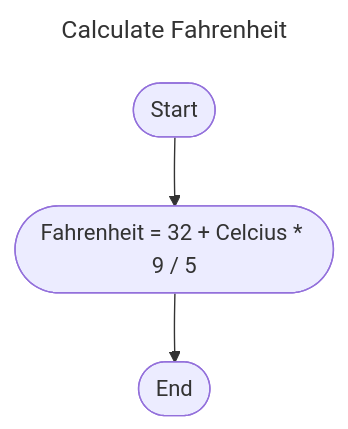
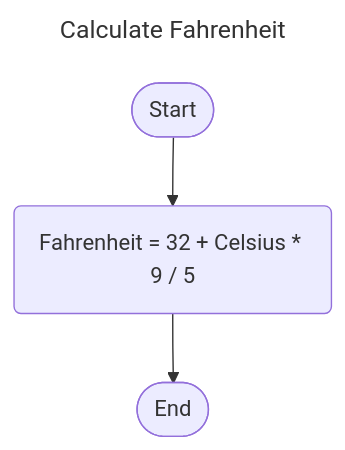
The seventh of 12 diagrams in session-06/Flowcharts.md (AdyGCode/ICTPRG302-2024-S2-Sessions), drawn with Mermaid before and after one commit. The commit also changed other lines of this file and 1 other file, not shown here.

Commit message:
feat(session-06): Flowcharts update

````diff
--- a/session-06/Flowcharts.md
+++ b/session-06/Flowcharts.md
@@ -69,10 +215,10 @@
 ```mermaid
 ---
 title: Calculate Fahrenheit
 ---
 flowchart TD
     start_sub([Start])
-    calc_f([Fahrenheit = 32 + Celcius * 9 / 5 ])
+    calc_f(Fahrenheit = 32 + Celsius * 9 / 5)
     end_sub([End])
-    start_sub-->calc_f-->end_sub
+    start_sub --> calc_f --> end_sub
 ```
````
